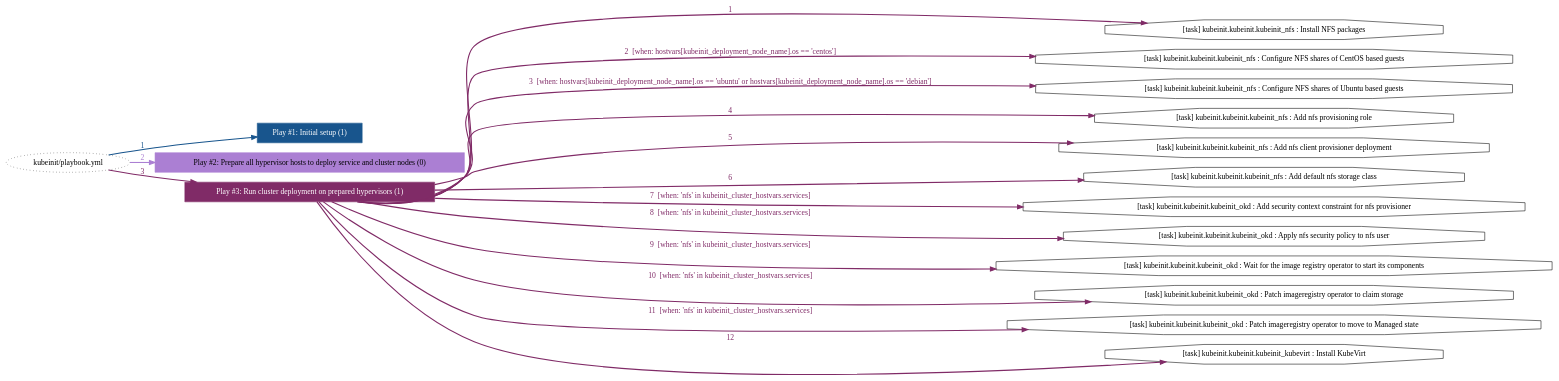
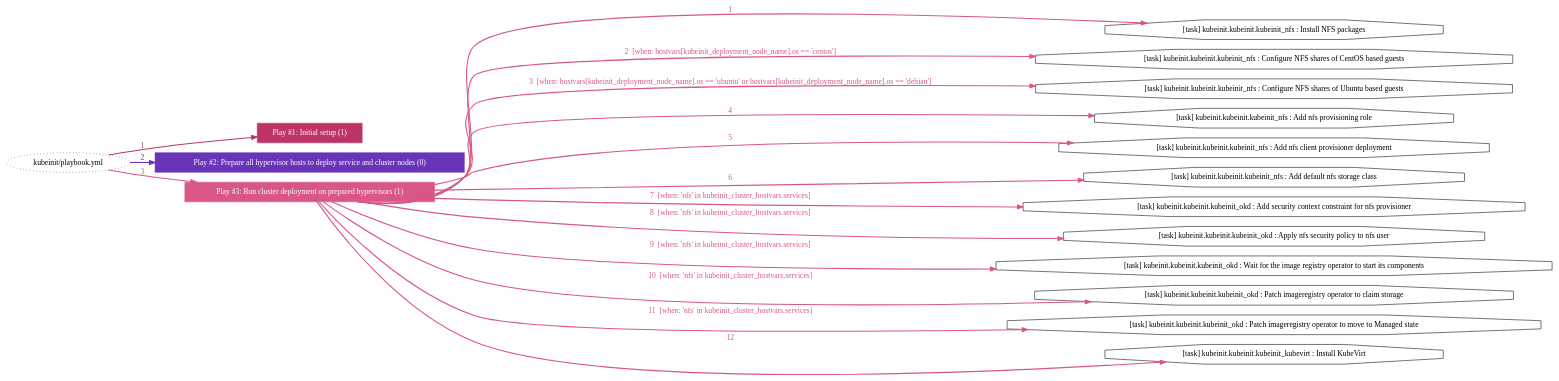
The diagram in _static/playbook_task_post_deployment.dot (Kubeinit/kubeinit), drawn with Graphviz before and after one commit. The commit also changed 66 other files, not shown here.

```diff
--- a/_static/playbook_task_post_deployment.dot
+++ b/_static/playbook_task_post_deployment.dot
@@ -3,39 +3,39 @@
 	edge [esep=5 sep=10]
 	"kubeinit/playbook.yml" [id=root_node style=dotted]
 	subgraph "Play #1: Initial setup (1) "{
-		"Play #1: Initial setup (1)" [color="#18558d" fontcolor="#ffffff" id="play_ce3134f2-e896-4f48-a6f8-b10fbcc3c50b" shape=box style=filled tooltip=localhost]
-		"kubeinit/playbook.yml" -> "Play #1: Initial setup (1)" [label=1 color="#18558d" fontcolor="#18558d" id="edge_7d1d3bbd-7896-4055-a6cc-a9aa5daa0136" style=bold]
+		"Play #1: Initial setup (1)" [color="#bd3566" fontcolor="#ffffff" id="play_17a2197d-a6c0-48f5-8208-09c15e72b137" shape=box style=filled tooltip=localhost]
+		"kubeinit/playbook.yml" -> "Play #1: Initial setup (1)" [label=1 color="#bd3566" fontcolor="#bd3566" id="edge_31df217a-ca0e-4936-b9a6-bbe7eed7c38b" style=bold]
 	}
 	subgraph "Play #2: Prepare all hypervisor hosts to deploy service and cluster nodes (0) "{
-		"Play #2: Prepare all hypervisor hosts to deploy service and cluster nodes (0)" [color="#ab7fd3" fontcolor="#000000" id="play_b36c3e90-0727-418f-9a38-09ea8d0d0dce" shape=box style=filled tooltip=""]
-		"kubeinit/playbook.yml" -> "Play #2: Prepare all hypervisor hosts to deploy service and cluster nodes (0)" [label=2 color="#ab7fd3" fontcolor="#ab7fd3" id="edge_9343827a-a8c0-499f-a46e-3a84176358c6" style=bold]
+		"Play #2: Prepare all hypervisor hosts to deploy service and cluster nodes (0)" [color="#6a34b8" fontcolor="#ffffff" id="play_ca6a1315-9e1a-4135-8584-e2837be656c8" shape=box style=filled tooltip=""]
+		"kubeinit/playbook.yml" -> "Play #2: Prepare all hypervisor hosts to deploy service and cluster nodes (0)" [label=2 color="#6a34b8" fontcolor="#6a34b8" id="edge_87e3874e-c5a1-4a51-8d9b-4f4a685d38de" style=bold]
 	}
 	subgraph "Play #3: Run cluster deployment on prepared hypervisors (1) "{
-		"Play #3: Run cluster deployment on prepared hypervisors (1)" [color="#802b67" fontcolor="#ffffff" id="play_fb1faa96-c62e-4c89-ae55-f6cde52936f0" shape=box style=filled tooltip=localhost]
-		"kubeinit/playbook.yml" -> "Play #3: Run cluster deployment on prepared hypervisors (1)" [label=3 color="#802b67" fontcolor="#802b67" id="edge_6ddef09e-c167-46b3-a62c-7c181b813126" style=bold]
-		"task_83e2b6d4-c0bb-4aad-889e-bd0cb101617e" [label="[task] kubeinit.kubeinit.kubeinit_nfs : Install NFS packages" id="task_83e2b6d4-c0bb-4aad-889e-bd0cb101617e" shape=octagon tooltip="[task] kubeinit.kubeinit.kubeinit_nfs : Install NFS packages"]
-		"Play #3: Run cluster deployment on prepared hypervisors (1)" -> "task_83e2b6d4-c0bb-4aad-889e-bd0cb101617e" [label=1 color="#802b67" fontcolor="#802b67" id="edge_db7057bc-92ce-44fc-a812-08a5eaba21fc" style=bold]
-		"task_820674f9-2b0a-4cf4-a38b-742998795588" [label="[task] kubeinit.kubeinit.kubeinit_nfs : Configure NFS shares of CentOS based guests" id="task_820674f9-2b0a-4cf4-a38b-742998795588" shape=octagon tooltip="[task] kubeinit.kubeinit.kubeinit_nfs : Configure NFS shares of CentOS based guests"]
-		"Play #3: Run cluster deployment on prepared hypervisors (1)" -> "task_820674f9-2b0a-4cf4-a38b-742998795588" [label="2  [when: hostvars[kubeinit_deployment_node_name].os == 'centos']" color="#802b67" fontcolor="#802b67" id="edge_285456c3-c0a5-404c-91b8-2a60f649bcb6" style=bold]
-		"task_f4956275-2eae-453c-b498-37d4d68bfcfc" [label="[task] kubeinit.kubeinit.kubeinit_nfs : Configure NFS shares of Ubuntu based guests" id="task_f4956275-2eae-453c-b498-37d4d68bfcfc" shape=octagon tooltip="[task] kubeinit.kubeinit.kubeinit_nfs : Configure NFS shares of Ubuntu based guests"]
-		"Play #3: Run cluster deployment on prepared hypervisors (1)" -> "task_f4956275-2eae-453c-b498-37d4d68bfcfc" [label="3  [when: hostvars[kubeinit_deployment_node_name].os == 'ubuntu' or hostvars[kubeinit_deployment_node_name].os == 'debian']" color="#802b67" fontcolor="#802b67" id="edge_1cd4f268-88b9-4fb9-bc7f-3af4cccb73a2" style=bold]
-		"task_30950809-ac97-4fa0-8902-7cc848e86fd8" [label="[task] kubeinit.kubeinit.kubeinit_nfs : Add nfs provisioning role" id="task_30950809-ac97-4fa0-8902-7cc848e86fd8" shape=octagon tooltip="[task] kubeinit.kubeinit.kubeinit_nfs : Add nfs provisioning role"]
-		"Play #3: Run cluster deployment on prepared hypervisors (1)" -> "task_30950809-ac97-4fa0-8902-7cc848e86fd8" [label=4 color="#802b67" fontcolor="#802b67" id="edge_45b93335-7d81-4c0e-8e4b-998141c0e393" style=bold]
-		"task_ec1d4513-51e2-4992-8c05-171298381433" [label="[task] kubeinit.kubeinit.kubeinit_nfs : Add nfs client provisioner deployment" id="task_ec1d4513-51e2-4992-8c05-171298381433" shape=octagon tooltip="[task] kubeinit.kubeinit.kubeinit_nfs : Add nfs client provisioner deployment"]
-		"Play #3: Run cluster deployment on prepared hypervisors (1)" -> "task_ec1d4513-51e2-4992-8c05-171298381433" [label=5 color="#802b67" fontcolor="#802b67" id="edge_bcf7853c-f9ea-4e9e-a62a-c309dfc55520" style=bold]
-		"task_f6f25ddc-9455-4119-8bea-3eb4671d3ad5" [label="[task] kubeinit.kubeinit.kubeinit_nfs : Add default nfs storage class" id="task_f6f25ddc-9455-4119-8bea-3eb4671d3ad5" shape=octagon tooltip="[task] kubeinit.kubeinit.kubeinit_nfs : Add default nfs storage class"]
-		"Play #3: Run cluster deployment on prepared hypervisors (1)" -> "task_f6f25ddc-9455-4119-8bea-3eb4671d3ad5" [label=6 color="#802b67" fontcolor="#802b67" id="edge_293c567d-d0d2-412b-b46c-ee2ea0385c7e" style=bold]
-		"task_62810b2f-aa6d-4f86-a614-23f509496004" [label="[task] kubeinit.kubeinit.kubeinit_okd : Add security context constraint for nfs provisioner" id="task_62810b2f-aa6d-4f86-a614-23f509496004" shape=octagon tooltip="[task] kubeinit.kubeinit.kubeinit_okd : Add security context constraint for nfs provisioner"]
-		"Play #3: Run cluster deployment on prepared hypervisors (1)" -> "task_62810b2f-aa6d-4f86-a614-23f509496004" [label="7  [when: 'nfs' in kubeinit_cluster_hostvars.services]" color="#802b67" fontcolor="#802b67" id="edge_f4ca4ac1-9993-47e7-844a-726ca7738b3a" style=bold]
-		"task_d11e4e31-3a22-43aa-9361-331898461a73" [label="[task] kubeinit.kubeinit.kubeinit_okd : Apply nfs security policy to nfs user" id="task_d11e4e31-3a22-43aa-9361-331898461a73" shape=octagon tooltip="[task] kubeinit.kubeinit.kubeinit_okd : Apply nfs security policy to nfs user"]
-		"Play #3: Run cluster deployment on prepared hypervisors (1)" -> "task_d11e4e31-3a22-43aa-9361-331898461a73" [label="8  [when: 'nfs' in kubeinit_cluster_hostvars.services]" color="#802b67" fontcolor="#802b67" id="edge_7a782e86-4f6b-4555-84e4-7033deb2fc12" style=bold]
-		"task_eed4cb94-e3a6-4f78-9e4b-65b679103618" [label="[task] kubeinit.kubeinit.kubeinit_okd : Wait for the image registry operator to start its components" id="task_eed4cb94-e3a6-4f78-9e4b-65b679103618" shape=octagon tooltip="[task] kubeinit.kubeinit.kubeinit_okd : Wait for the image registry operator to start its components"]
-		"Play #3: Run cluster deployment on prepared hypervisors (1)" -> "task_eed4cb94-e3a6-4f78-9e4b-65b679103618" [label="9  [when: 'nfs' in kubeinit_cluster_hostvars.services]" color="#802b67" fontcolor="#802b67" id="edge_1bcd4237-012c-459d-938c-255d703d63cd" style=bold]
-		"task_ba655d6b-65f7-4f6c-900c-890367e4544d" [label="[task] kubeinit.kubeinit.kubeinit_okd : Patch imageregistry operator to claim storage" id="task_ba655d6b-65f7-4f6c-900c-890367e4544d" shape=octagon tooltip="[task] kubeinit.kubeinit.kubeinit_okd : Patch imageregistry operator to claim storage"]
-		"Play #3: Run cluster deployment on prepared hypervisors (1)" -> "task_ba655d6b-65f7-4f6c-900c-890367e4544d" [label="10  [when: 'nfs' in kubeinit_cluster_hostvars.services]" color="#802b67" fontcolor="#802b67" id="edge_9850f404-1d56-43bf-821e-9e9bd0c83129" style=bold]
-		"task_1b903388-805a-4614-8bfc-b10cf78d0e89" [label="[task] kubeinit.kubeinit.kubeinit_okd : Patch imageregistry operator to move to Managed state" id="task_1b903388-805a-4614-8bfc-b10cf78d0e89" shape=octagon tooltip="[task] kubeinit.kubeinit.kubeinit_okd : Patch imageregistry operator to move to Managed state"]
-		"Play #3: Run cluster deployment on prepared hypervisors (1)" -> "task_1b903388-805a-4614-8bfc-b10cf78d0e89" [label="11  [when: 'nfs' in kubeinit_cluster_hostvars.services]" color="#802b67" fontcolor="#802b67" id="edge_38802d22-3ef9-4740-a727-3ce363e1e080" style=bold]
-		"task_271b6596-ff4b-4462-a624-c0926a0963cd" [label="[task] kubeinit.kubeinit.kubeinit_kubevirt : Install KubeVirt" id="task_271b6596-ff4b-4462-a624-c0926a0963cd" shape=octagon tooltip="[task] kubeinit.kubeinit.kubeinit_kubevirt : Install KubeVirt"]
-		"Play #3: Run cluster deployment on prepared hypervisors (1)" -> "task_271b6596-ff4b-4462-a624-c0926a0963cd" [label=12 color="#802b67" fontcolor="#802b67" id="edge_a39b2c6d-03ce-4865-b849-a01451c4f16b" style=bold]
+		"Play #3: Run cluster deployment on prepared hypervisors (1)" [color="#d85787" fontcolor="#ffffff" id="play_5ce7044d-d03c-4419-a753-9bdcd538c767" shape=box style=filled tooltip=localhost]
+		"kubeinit/playbook.yml" -> "Play #3: Run cluster deployment on prepared hypervisors (1)" [label=3 color="#d85787" fontcolor="#d85787" id="edge_a96167f4-4156-48fe-b0d8-6da77c997ddb" style=bold]
+		"task_94a3bbdb-7ffb-428c-89d7-c6d4a5545628" [label="[task] kubeinit.kubeinit.kubeinit_nfs : Install NFS packages" id="task_94a3bbdb-7ffb-428c-89d7-c6d4a5545628" shape=octagon tooltip="[task] kubeinit.kubeinit.kubeinit_nfs : Install NFS packages"]
+		"Play #3: Run cluster deployment on prepared hypervisors (1)" -> "task_94a3bbdb-7ffb-428c-89d7-c6d4a5545628" [label=1 color="#d85787" fontcolor="#d85787" id="edge_ce4471e0-3042-4ead-9d2c-e137434c5b30" style=bold]
+		"task_ce9e9ac8-c0ae-4b5c-a9cd-436e9ab16589" [label="[task] kubeinit.kubeinit.kubeinit_nfs : Configure NFS shares of CentOS based guests" id="task_ce9e9ac8-c0ae-4b5c-a9cd-436e9ab16589" shape=octagon tooltip="[task] kubeinit.kubeinit.kubeinit_nfs : Configure NFS shares of CentOS based guests"]
+		"Play #3: Run cluster deployment on prepared hypervisors (1)" -> "task_ce9e9ac8-c0ae-4b5c-a9cd-436e9ab16589" [label="2  [when: hostvars[kubeinit_deployment_node_name].os == 'centos']" color="#d85787" fontcolor="#d85787" id="edge_69c890b9-625c-4daf-a893-ecfad4d06941" style=bold]
+		"task_95579177-f294-4237-85d5-d12b8277c365" [label="[task] kubeinit.kubeinit.kubeinit_nfs : Configure NFS shares of Ubuntu based guests" id="task_95579177-f294-4237-85d5-d12b8277c365" shape=octagon tooltip="[task] kubeinit.kubeinit.kubeinit_nfs : Configure NFS shares of Ubuntu based guests"]
+		"Play #3: Run cluster deployment on prepared hypervisors (1)" -> "task_95579177-f294-4237-85d5-d12b8277c365" [label="3  [when: hostvars[kubeinit_deployment_node_name].os == 'ubuntu' or hostvars[kubeinit_deployment_node_name].os == 'debian']" color="#d85787" fontcolor="#d85787" id="edge_303f826c-25b7-436e-b26d-1a0921e4ce26" style=bold]
+		"task_81d32f0a-4349-4f3f-ae3e-ad1d5082fdbb" [label="[task] kubeinit.kubeinit.kubeinit_nfs : Add nfs provisioning role" id="task_81d32f0a-4349-4f3f-ae3e-ad1d5082fdbb" shape=octagon tooltip="[task] kubeinit.kubeinit.kubeinit_nfs : Add nfs provisioning role"]
+		"Play #3: Run cluster deployment on prepared hypervisors (1)" -> "task_81d32f0a-4349-4f3f-ae3e-ad1d5082fdbb" [label=4 color="#d85787" fontcolor="#d85787" id="edge_8978c497-018a-4d1d-b784-73563a81ae00" style=bold]
+		"task_3b40ac06-4786-4f15-b0ef-db1a0b43d0c3" [label="[task] kubeinit.kubeinit.kubeinit_nfs : Add nfs client provisioner deployment" id="task_3b40ac06-4786-4f15-b0ef-db1a0b43d0c3" shape=octagon tooltip="[task] kubeinit.kubeinit.kubeinit_nfs : Add nfs client provisioner deployment"]
+		"Play #3: Run cluster deployment on prepared hypervisors (1)" -> "task_3b40ac06-4786-4f15-b0ef-db1a0b43d0c3" [label=5 color="#d85787" fontcolor="#d85787" id="edge_63069614-7b80-4765-9e4b-8764046f34a7" style=bold]
+		"task_9c05e144-ae49-4fd2-8f2c-ecc1d2be37b6" [label="[task] kubeinit.kubeinit.kubeinit_nfs : Add default nfs storage class" id="task_9c05e144-ae49-4fd2-8f2c-ecc1d2be37b6" shape=octagon tooltip="[task] kubeinit.kubeinit.kubeinit_nfs : Add default nfs storage class"]
+		"Play #3: Run cluster deployment on prepared hypervisors (1)" -> "task_9c05e144-ae49-4fd2-8f2c-ecc1d2be37b6" [label=6 color="#d85787" fontcolor="#d85787" id="edge_a59e263a-91cc-4b2e-91dd-befbf340b25d" style=bold]
+		"task_abc56c8a-2da1-4742-b4ce-2fce3297675a" [label="[task] kubeinit.kubeinit.kubeinit_okd : Add security context constraint for nfs provisioner" id="task_abc56c8a-2da1-4742-b4ce-2fce3297675a" shape=octagon tooltip="[task] kubeinit.kubeinit.kubeinit_okd : Add security context constraint for nfs provisioner"]
+		"Play #3: Run cluster deployment on prepared hypervisors (1)" -> "task_abc56c8a-2da1-4742-b4ce-2fce3297675a" [label="7  [when: 'nfs' in kubeinit_cluster_hostvars.services]" color="#d85787" fontcolor="#d85787" id="edge_7c5fc739-474b-4385-a193-b520c49b7e5d" style=bold]
+		"task_c012f970-cb85-4ac8-836a-2247996d542e" [label="[task] kubeinit.kubeinit.kubeinit_okd : Apply nfs security policy to nfs user" id="task_c012f970-cb85-4ac8-836a-2247996d542e" shape=octagon tooltip="[task] kubeinit.kubeinit.kubeinit_okd : Apply nfs security policy to nfs user"]
+		"Play #3: Run cluster deployment on prepared hypervisors (1)" -> "task_c012f970-cb85-4ac8-836a-2247996d542e" [label="8  [when: 'nfs' in kubeinit_cluster_hostvars.services]" color="#d85787" fontcolor="#d85787" id="edge_0d13d604-2458-42bf-acfe-35d74141c60c" style=bold]
+		"task_6dde6fa4-463c-47f7-bdcd-17966e1c9110" [label="[task] kubeinit.kubeinit.kubeinit_okd : Wait for the image registry operator to start its components" id="task_6dde6fa4-463c-47f7-bdcd-17966e1c9110" shape=octagon tooltip="[task] kubeinit.kubeinit.kubeinit_okd : Wait for the image registry operator to start its components"]
+		"Play #3: Run cluster deployment on prepared hypervisors (1)" -> "task_6dde6fa4-463c-47f7-bdcd-17966e1c9110" [label="9  [when: 'nfs' in kubeinit_cluster_hostvars.services]" color="#d85787" fontcolor="#d85787" id="edge_68271462-fbd6-433f-aea0-425bf1637111" style=bold]
+		"task_52bcaa3d-17c5-461a-b599-04f6147a9728" [label="[task] kubeinit.kubeinit.kubeinit_okd : Patch imageregistry operator to claim storage" id="task_52bcaa3d-17c5-461a-b599-04f6147a9728" shape=octagon tooltip="[task] kubeinit.kubeinit.kubeinit_okd : Patch imageregistry operator to claim storage"]
+		"Play #3: Run cluster deployment on prepared hypervisors (1)" -> "task_52bcaa3d-17c5-461a-b599-04f6147a9728" [label="10  [when: 'nfs' in kubeinit_cluster_hostvars.services]" color="#d85787" fontcolor="#d85787" id="edge_47757d82-0ff9-4f64-8e05-cbec3f596e77" style=bold]
+		"task_46850931-541b-43d8-bbd4-2bebbea1c9ad" [label="[task] kubeinit.kubeinit.kubeinit_okd : Patch imageregistry operator to move to Managed state" id="task_46850931-541b-43d8-bbd4-2bebbea1c9ad" shape=octagon tooltip="[task] kubeinit.kubeinit.kubeinit_okd : Patch imageregistry operator to move to Managed state"]
+		"Play #3: Run cluster deployment on prepared hypervisors (1)" -> "task_46850931-541b-43d8-bbd4-2bebbea1c9ad" [label="11  [when: 'nfs' in kubeinit_cluster_hostvars.services]" color="#d85787" fontcolor="#d85787" id="edge_e1edc3f8-d3df-4f79-941c-befb2f3a3199" style=bold]
+		"task_33e266ef-1ec2-4945-aaae-efda1383943b" [label="[task] kubeinit.kubeinit.kubeinit_kubevirt : Install KubeVirt" id="task_33e266ef-1ec2-4945-aaae-efda1383943b" shape=octagon tooltip="[task] kubeinit.kubeinit.kubeinit_kubevirt : Install KubeVirt"]
+		"Play #3: Run cluster deployment on prepared hypervisors (1)" -> "task_33e266ef-1ec2-4945-aaae-efda1383943b" [label=12 color="#d85787" fontcolor="#d85787" id="edge_3e88752e-af15-4656-94c9-1231c9a6d0bd" style=bold]
 	}
 }
```
